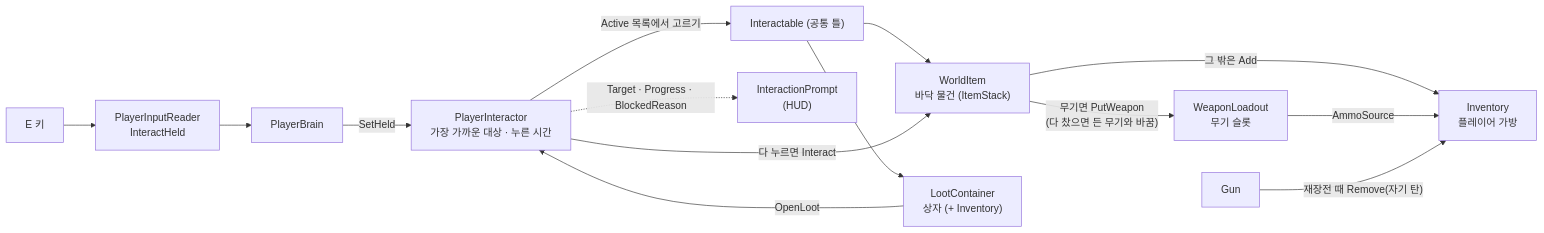
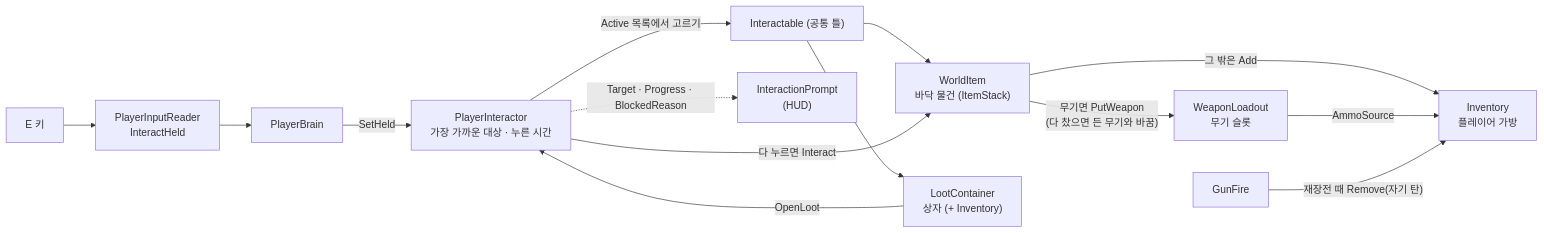
Before and after one commit to odyo0/project_dust_scrapper: the fourth of 8 diagrams in docs/코드-구조.md, drawn with Mermaid. The commit also changed other lines of this file and 63 other files, not shown here.

````diff
--- a/docs/코드-구조.md
+++ b/docs/코드-구조.md
@@ -185,16 +202,16 @@
 ```mermaid
 flowchart LR
     E["E 키"] --> PIR["PlayerInputReader<br/>InteractHeld"]
     PIR --> PB["PlayerBrain"]
     PB -- "SetHeld" --> PI["PlayerInteractor<br/>가장 가까운 대상 · 누른 시간"]
     PI -- "Active 목록에서 고르기" --> IA["Interactable (공통 틀)"]
     IA --> WI["WorldItem<br/>바닥 물건 (ItemStack)"]
     PI -- "다 누르면 Interact" --> WI
     WI -- "무기면 PutWeapon<br/>(다 찼으면 든 무기와 바꿈)" --> WL["WeaponLoadout<br/>무기 슬롯"]
     WI -- "그 밖은 Add" --> INV["Inventory<br/>플레이어 가방"]
     WL -- "AmmoSource" --> INV
-    GUN["Gun"] -- "재장전 때 Remove(자기 탄)" --> INV
+    GUN["GunFire"] -- "재장전 때 Remove(자기 탄)" --> INV
     PI -. "Target · Progress · BlockedReason" .-> PR["InteractionPrompt<br/>(HUD)"]
     IA --> LC["LootContainer<br/>상자 (+ Inventory)"]
     LC -- "OpenLoot" --> PI
 ```
````
